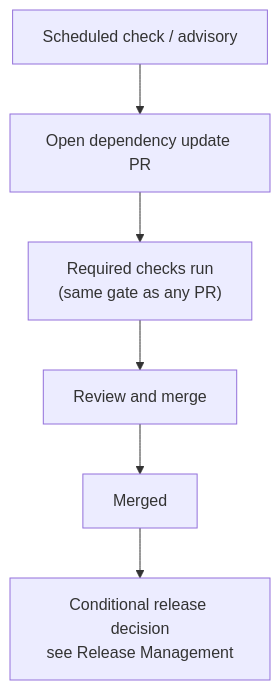
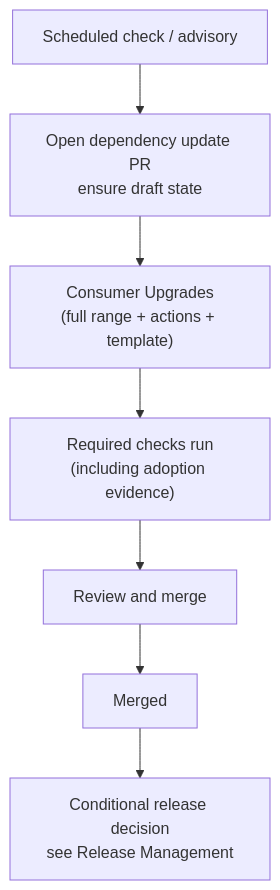
The diagram in src/docs/Capabilities/dependency-updates/design.md (MSXOrg/docs), drawn with Mermaid before and after one commit. The commit also changed other lines of this file and 18 other files, not shown here.

````diff
--- a/src/docs/Capabilities/dependency-updates/design.md
+++ b/src/docs/Capabilities/dependency-updates/design.md
@@ -77,8 +77,9 @@
 ```mermaid
 flowchart TD
-  check["Scheduled check / advisory"] --> pr["Open dependency update PR"]
-  pr --> ci["Required checks run<br/>(same gate as any PR)"]
+  check["Scheduled check / advisory"] --> pr["Open dependency update PR<br/>ensure draft state"]
+  pr --> adoption["Consumer Upgrades<br/>(full range + actions + template)"]
+  adoption --> ci["Required checks run<br/>(including adoption evidence)"]
   ci --> review["Review and merge"]
   review --> merged["Merged"]
   merged --> release["Conditional release decision<br/>see Release Management"]
 ```
````
